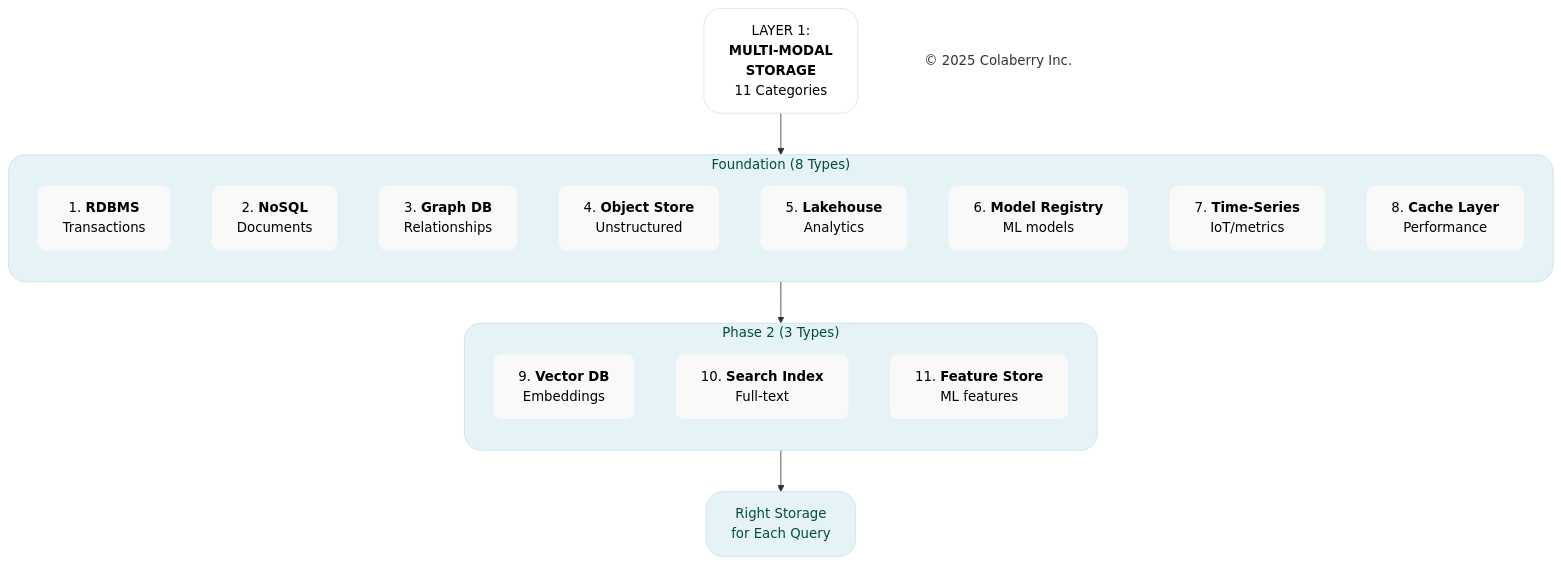
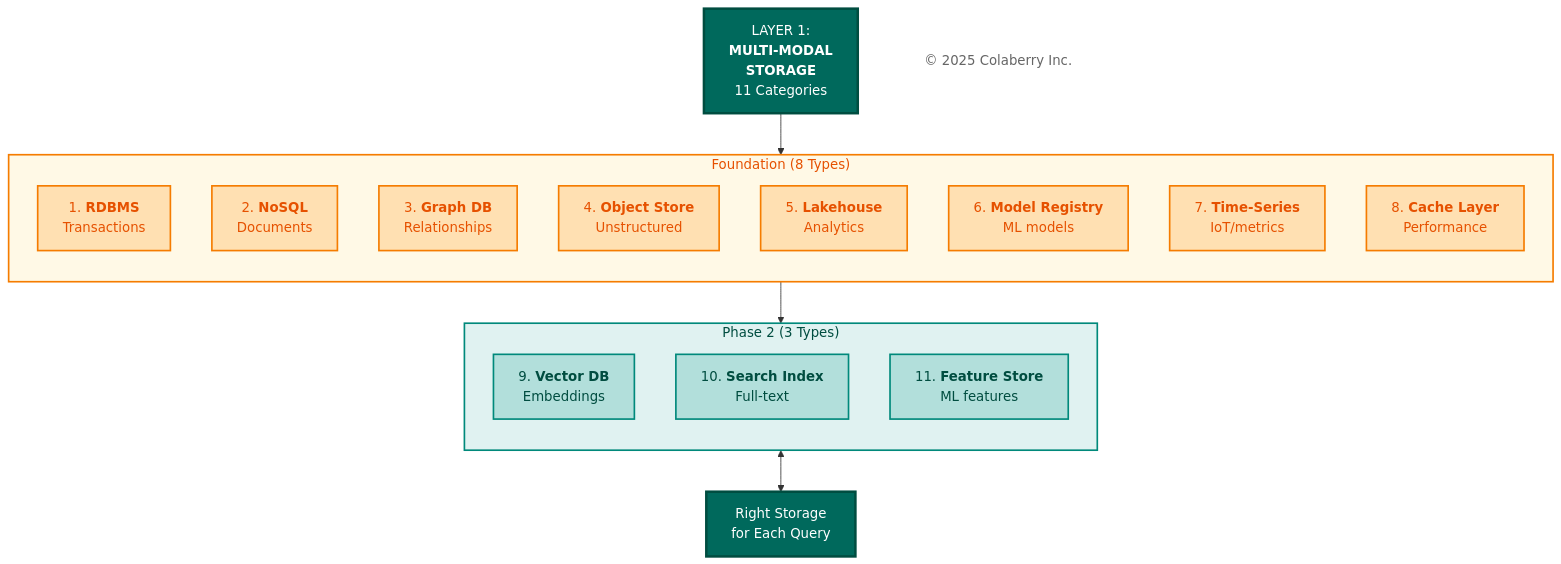
The fifth of 11 diagrams in manuscript/05_chapter_4_foundation_layers.md (saitejesh-cyber/trust-before-intelligence-book), drawn with Mermaid before and after one commit. The commit also changed other lines of this file and 12 other files, not shown here.

Commit message:
Restore legacy Mermaid styles for Option 1

````diff
--- a/manuscript/05_chapter_4_foundation_layers.md
+++ b/manuscript/05_chapter_4_foundation_layers.md
@@ -399,48 +393,48 @@
 ```mermaid
 
 graph TB
     TITLE["LAYER 1:<br/><b>MULTI-MODAL</b><br/><b>STORAGE</b><br/>11 Categories"]
     
     subgraph FOUNDATION["Foundation (8 Types)"]
         direction TB
         S1["1. <b>RDBMS</b><br/>Transactions"]
         S2["2. <b>NoSQL</b><br/>Documents"]
         S3["3. <b>Graph DB</b><br/>Relationships"]
         S4["4. <b>Object Store</b><br/>Unstructured"]
         S5["5. <b>Lakehouse</b><br/>Analytics"]
         S6["6. <b>Model Registry</b><br/>ML models"]
         S7["7. <b>Time-Series</b><br/>IoT/metrics"]
         S8["8. <b>Cache Layer</b><br/>Performance"]    
     end
     
     subgraph PHASE2["Phase 2 (3 Types)"]
         direction TB
         S9["9. <b>Vector DB</b><br/>Embeddings"]
         S10["10. <b>Search Index</b><br/>Full-text"]
         S11["11. <b>Feature Store</b><br/>ML features"]
     end
     
     OUTPUT["Right Storage<br/>for Each Query"]
     
     Copyright["© 2025 Colaberry Inc."]
-
-    TITLE --> FOUNDATION --> PHASE2 --> OUTPUT
-
-    style TITLE fill:#ffffff,stroke:#e0e0e0,stroke-width:1px,color:#000000,rx:20,ry:20
-    style Copyright fill:none,stroke:none,color:#333333
-    style FOUNDATION fill:#e6f3f6,stroke:#c7e3ea,stroke-width:1px,color:#004d40,rx:20,ry:20
-    style PHASE2 fill:#e6f3f6,stroke:#c7e3ea,stroke-width:1px,color:#004d40,rx:20,ry:20
-    style S1 fill:#f9f9f9,stroke:none,color:#000000,rx:10,ry:10
-    style S2 fill:#f9f9f9,stroke:none,color:#000000,rx:10,ry:10
-    style S3 fill:#f9f9f9,stroke:none,color:#000000,rx:10,ry:10
-    style S4 fill:#f9f9f9,stroke:none,color:#000000,rx:10,ry:10
-    style S5 fill:#f9f9f9,stroke:none,color:#000000,rx:10,ry:10
-    style S6 fill:#f9f9f9,stroke:none,color:#000000,rx:10,ry:10
-    style S7 fill:#f9f9f9,stroke:none,color:#000000,rx:10,ry:10
-    style S8 fill:#f9f9f9,stroke:none,color:#000000,rx:10,ry:10
-    style S9 fill:#f9f9f9,stroke:none,color:#000000,rx:10,ry:10
-    style S10 fill:#f9f9f9,stroke:none,color:#000000,rx:10,ry:10
-    style S11 fill:#f9f9f9,stroke:none,color:#000000,rx:10,ry:10
-    style OUTPUT fill:#e6f3f6,stroke:#c7e3ea,stroke-width:1px,color:#004d40,rx:20,ry:20
+    
+    TITLE --> FOUNDATION --> PHASE2 <--> OUTPUT
+    
+    style TITLE fill:#00695c,color:#ffffff,stroke:#004d40,stroke-width:3px
+    style FOUNDATION fill:#fff9e6,stroke:#f57c00,stroke-width:2px,color:#e65100
+    style PHASE2 fill:#e0f2f1,stroke:#00897b,stroke-width:2px,color:#004d40
+    style S1 fill:#ffe0b2,stroke:#f57c00,stroke-width:2px,color:#e65100
+    style S2 fill:#ffe0b2,stroke:#f57c00,stroke-width:2px,color:#e65100
+    style S3 fill:#ffe0b2,stroke:#f57c00,stroke-width:2px,color:#e65100
+    style S4 fill:#ffe0b2,stroke:#f57c00,stroke-width:2px,color:#e65100
+    style S5 fill:#ffe0b2,stroke:#f57c00,stroke-width:2px,color:#e65100
+    style S6 fill:#ffe0b2,stroke:#f57c00,stroke-width:2px,color:#e65100
+    style S7 fill:#ffe0b2,stroke:#f57c00,stroke-width:2px,color:#e65100
+    style S8 fill:#ffe0b2,stroke:#f57c00,stroke-width:2px,color:#e65100
+    style S9 fill:#b2dfdb,stroke:#00897b,stroke-width:2px,color:#004d40
+    style S10 fill:#b2dfdb,stroke:#00897b,stroke-width:2px,color:#004d40
+    style S11 fill:#b2dfdb,stroke:#00897b,stroke-width:2px,color:#004d40
+    style OUTPUT fill:#00695c,color:#ffffff,stroke:#004d40,stroke-width:3px
+    style Copyright fill:#ffffff,stroke:none,color:#666666
 
 ```
````
